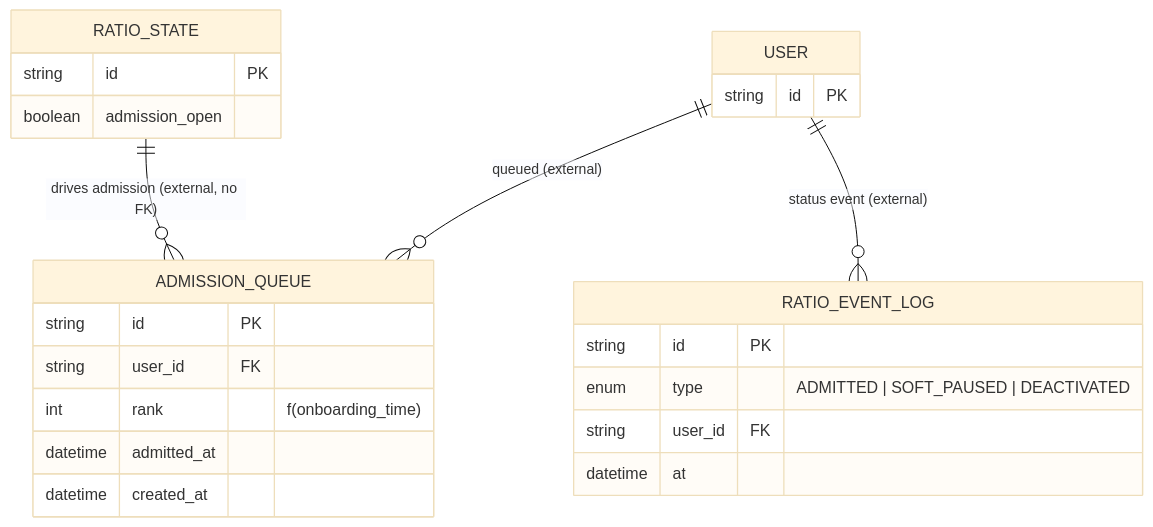
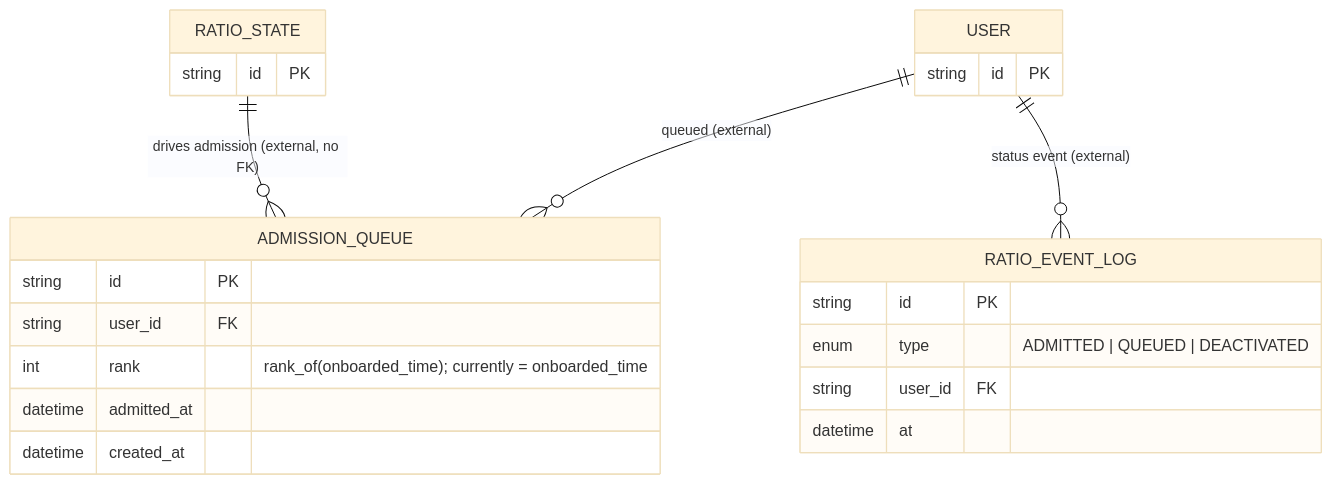
One commit to cheetah-org/fold-design changed the third of 8 diagrams in entities/er-diagram.md. Above: the diagram before and after it, drawn with Mermaid (base theme). The commit also changed other lines of this file and 6 other files, not shown here.

````diff
--- a/entities/er-diagram.md
+++ b/entities/er-diagram.md
@@ -269,31 +268,30 @@
 ```mermaid
 erDiagram
     %% Owned entities
     ADMISSION_QUEUE {
         string id PK
         string user_id FK
-        int rank "f(onboarding_time)"
+        int rank "rank_of(onboarded_time); currently = onboarded_time"
         datetime admitted_at
         datetime created_at
     }
     RATIO_EVENT_LOG {
         string id PK
-        enum type "ADMITTED | SOFT_PAUSED | DEACTIVATED"
+        enum type "ADMITTED | QUEUED | DEACTIVATED"
         string user_id FK
         datetime at
     }
 
     %% External references (owned by User / Analytics Service)
     USER {
         string id PK
     }
     RATIO_STATE {
         string id PK
-        boolean admission_open
     }
 
     %% Relationships
     USER ||--o{ ADMISSION_QUEUE : "queued (external)"
     USER ||--o{ RATIO_EVENT_LOG : "status event (external)"
     RATIO_STATE ||--o{ ADMISSION_QUEUE : "drives admission (external, no FK)"
 ```
````
